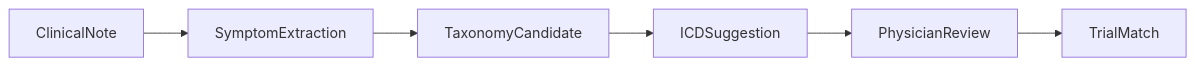
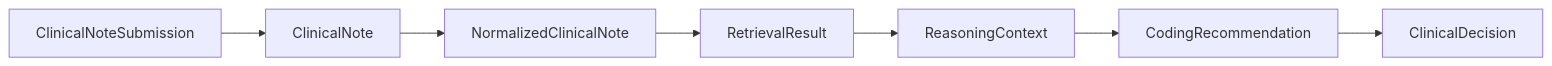
One commit to kn36-dev/aegis-clinical changed the diagram in data_transformation.mmd. Above: the diagram before and after it, drawn with Mermaid. The commit also changed 22 other files, not shown here.

Commit message:
docs: align repository documentation with v1 architecture

```diff
--- a/data_transformation.mmd
+++ b/data_transformation.mmd
@@ -1,16 +1,10 @@
+%% AEGIS current runtime domain-artifact flow (runtime_domain_contracts/).
 flowchart LR
 
-ClinicalNote
-    --> SymptomExtraction
-
-SymptomExtraction
-    --> TaxonomyCandidate
-
-TaxonomyCandidate
-    --> ICDSuggestion
-
-ICDSuggestion
-    --> PhysicianReview
-
-PhysicianReview
-    --> TrialMatch
+    ClinicalNoteSubmission
+        --> ClinicalNote
+        --> NormalizedClinicalNote
+        --> RetrievalResult
+        --> ReasoningContext
+        --> CodingRecommendation
+        --> ClinicalDecision
```
